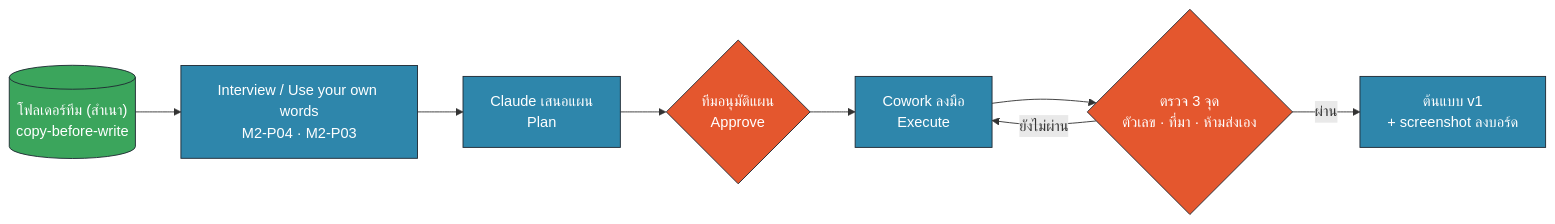
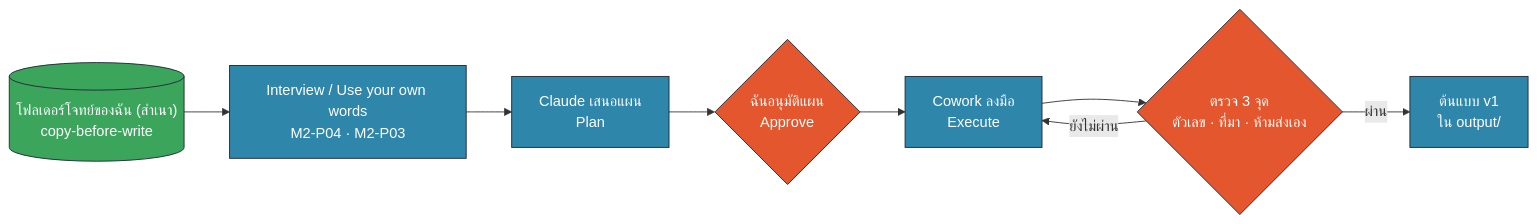
Before and after one commit to batprem/banpu-claude-course: the diagram in materials/m7/diagrams/build-loop.mmd, drawn with Mermaid. The commit also changed 50 other files, not shown here.

```diff
--- a/materials/m7/diagrams/build-loop.mmd
+++ b/materials/m7/diagrams/build-loop.mmd
@@ -1,11 +1,11 @@
 flowchart LR
-    F[("โฟลเดอร์ทีม (สำเนา)<br/>copy-before-write")]:::data --> I["Interview / Use your own words<br/>M2-P04 · M2-P03"]:::ai
+    F[("โฟลเดอร์โจทย์ของฉัน (สำเนา)<br/>copy-before-write")]:::data --> I["Interview / Use your own words<br/>M2-P04 · M2-P03"]:::ai
     I --> PL["Claude เสนอแผน<br/>Plan"]:::ai
-    PL --> AP{"ทีมอนุมัติแผน<br/>Approve"}:::human
+    PL --> AP{"ฉันอนุมัติแผน<br/>Approve"}:::human
     AP --> EX["Cowork ลงมือ<br/>Execute"]:::ai
     EX --> CK{"ตรวจ 3 จุด<br/>ตัวเลข · ที่มา · ห้ามส่งเอง"}:::human
     CK -- ยังไม่ผ่าน --> EX
-    CK -- ผ่าน --> OUT["ต้นแบบ v1<br/>+ screenshot ลงบอร์ด"]:::ai
+    CK -- ผ่าน --> OUT["ต้นแบบ v1<br/>ใน output/"]:::ai
     classDef human fill:#E4572E,color:#fff,stroke:#1F2933;
     classDef ai fill:#2E86AB,color:#fff,stroke:#1F2933;
     classDef data fill:#3BA55C,color:#fff,stroke:#1F2933;
```
